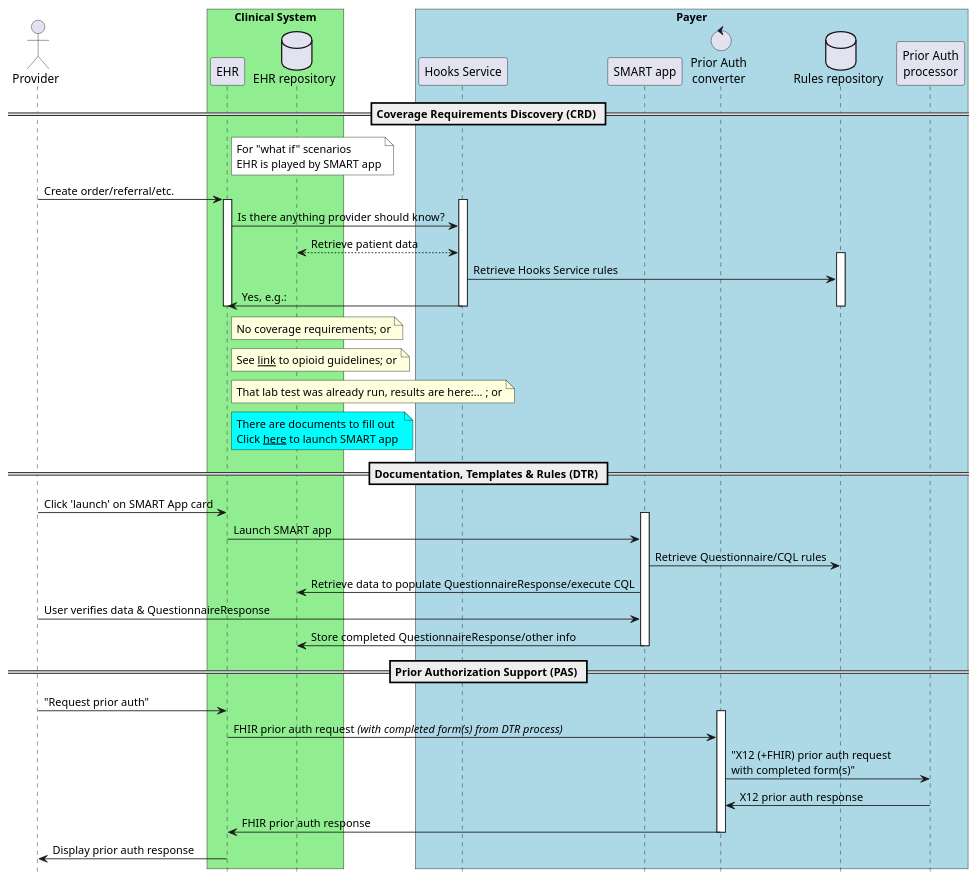
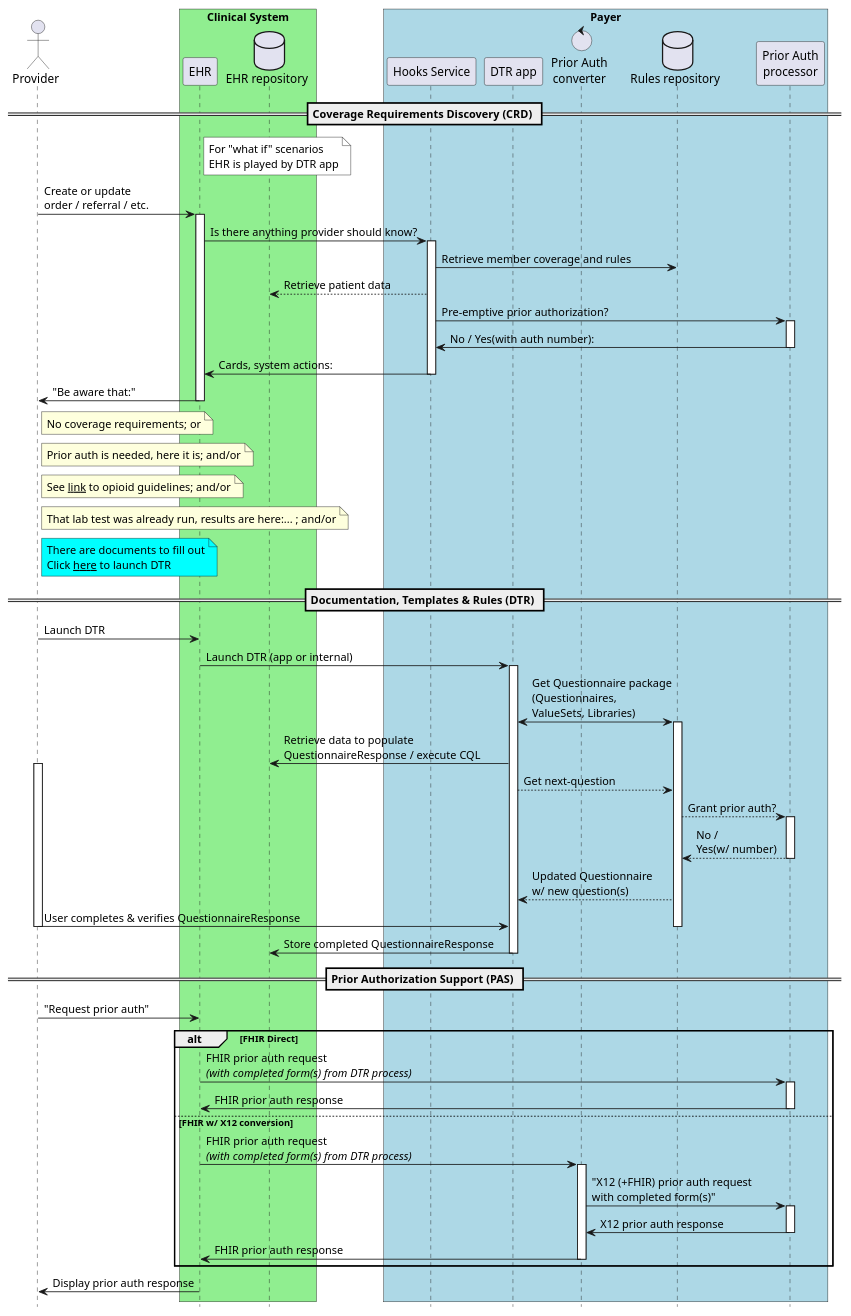
Before and after one commit to HL7/ig-template-davinci: the diagram in images-source/burdenReduction.plantuml, drawn with PlantUML.

Commit message:
https://jira.hl7.org/browse/FHIR-48473 Updated diagram to reflect current architecture

```diff
--- a/images-source/burdenReduction.plantuml
+++ b/images-source/burdenReduction.plantuml
@@ -1,58 +1,82 @@
 @startuml
 hide footbox
 actor "Provider"
 box "Clinical System" #LightGreen
   participant EHR
   database "EHR repository"
 end box
 box "Payer" #LightBlue
   participant "Hooks Service"
-  participant "SMART app"
+  participant "DTR app"
   control converter as "Prior Auth\nconverter"
   database "Rules repository"
   participant processor as "Prior Auth\nprocessor"
 end box
 
 == Coverage Requirements Discovery (CRD) ==
 
 note right of EHR #white
   For "what if" scenarios
-  EHR is played by SMART app
+  EHR is played by DTR app
 end note
-"Provider" -> "EHR" : Create order/referral/etc.
+"Provider" -> "EHR" : Create or update\norder / referral / etc.
 Activate EHR
+  "EHR" -> "Hooks Service" : Is there anything provider should know? 
 Activate "Hooks Service"
-  "EHR" -> "Hooks Service" : Is there anything provider should know? 
-  "Hooks Service" <--> "EHR repository" : Retrieve patient data
-Activate "Rules repository"
-   "Hooks Service" -> "Rules repository" : Retrieve Hooks Service rules
-  "EHR" <- "Hooks Service" : Yes, e.g.:
+  "Hooks Service" -> "Rules repository" : Retrieve member coverage and rules
+  "Hooks Service" --> "EHR repository" : Retrieve patient data
 Deactivate "Rules repository"  
+  "Hooks Service" -> processor : Pre-emptive prior authorization?
+Activate processor
+  "Hooks Service" <- processor : No / Yes(with auth number):
+Deactivate processor
+  "EHR" <- "Hooks Service" : Cards, system actions:
 Deactivate "Hooks Service"
-  note right of EHR: No coverage requirements; or
-  note right of EHR: See __link__ to opioid guidelines; or
-  note right of EHR: That lab test was already run, results are here:... ; or
-  note right of EHR #aqua
+  "EHR" -> "Provider": "Be aware that:"
+  note right of Provider: No coverage requirements; or
+  note right of Provider: Prior auth is needed, here it is; and/or
+  note right of Provider: See __link__ to opioid guidelines; and/or
+  note right of Provider: That lab test was already run, results are here:... ; and/or
+  note right of Provider #aqua
     There are documents to fill out
-    Click __here__ to launch SMART app 
+    Click __here__ to launch DTR
   end note
 Deactivate EHR
 == Documentation, Templates & Rules (DTR) ==
-"Provider" -> "EHR": Click 'launch' on SMART App card
-Activate "SMART app"
-  "EHR" -> "SMART app": Launch SMART app
-  "SMART app" -> "Rules repository": Retrieve Questionnaire/CQL rules
-  "SMART app" -> "EHR repository": Retrieve data to populate QuestionnaireResponse/execute CQL
-  "SMART app" <- "Provider": User verifies data & QuestionnaireResponse
-  "SMART app" -> "EHR repository": Store completed QuestionnaireResponse/other info
-Deactivate "SMART app"
+"Provider" -> "EHR": Launch DTR
+  "EHR" -> "DTR app": Launch DTR (app or internal)
+Activate "DTR app"
+  "DTR app" <-> "Rules repository": Get Questionnaire package\n(Questionnaires,\nValueSets, Libraries)
+Activate "Rules repository"
+  "DTR app" -> "EHR repository": Retrieve data to populate\nQuestionnaireResponse / execute CQL
+Activate Provider
+  "DTR app" --> "Rules repository": Get next-question
+  "Rules repository" --> processor : Grant prior auth?
+Activate processor
+  "Rules repository" <-- processor : No /\nYes(w/ number)
+Deactivate processor
+  "DTR app" <-- "Rules repository": Updated Questionnaire\nw/ new question(s)
+  "DTR app" <- "Provider": User completes & verifies QuestionnaireResponse
+Deactivate Provider
+Deactivate "Rules repository"
+  "DTR app" -> "EHR repository": Store completed QuestionnaireResponse
+Deactivate "DTR app"
 == Prior Authorization Support (PAS) ==
 Provider -> EHR: "Request prior auth"
+alt FHIR Direct
+  EHR -> processor: FHIR prior auth request\n//(with completed form(s) from DTR process)//
+Activate processor
+  EHR <- processor: FHIR prior auth response
+Deactivate processor
+Else FHIR w/ X12 conversion
+  EHR -> converter: FHIR prior auth request\n//(with completed form(s) from DTR process)//
 Activate converter
-  EHR -> converter: FHIR prior auth request //(with completed form(s) from DTR process)//
   converter -> processor: "X12 (+FHIR) prior auth request\nwith completed form(s)"
+Activate processor
   processor -> converter: X12 prior auth response
+Deactivate processor
   converter -> EHR: FHIR prior auth response
 Deactivate converter
+End
 EHR -> Provider: Display prior auth response
 @enduml
```
